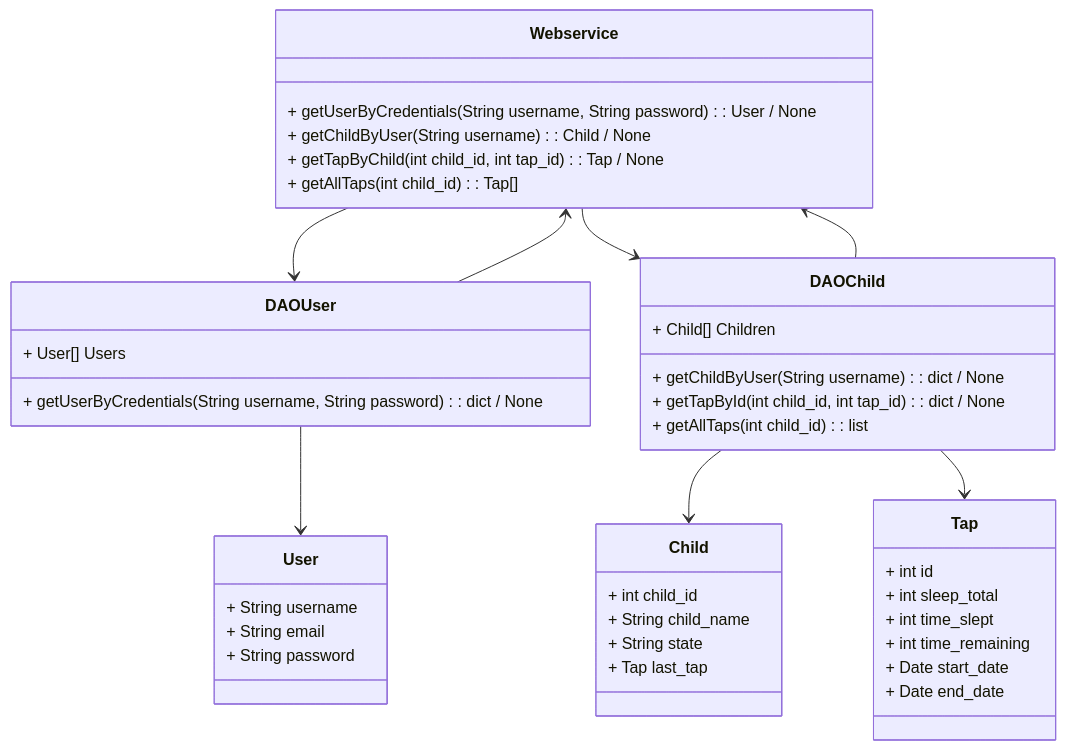
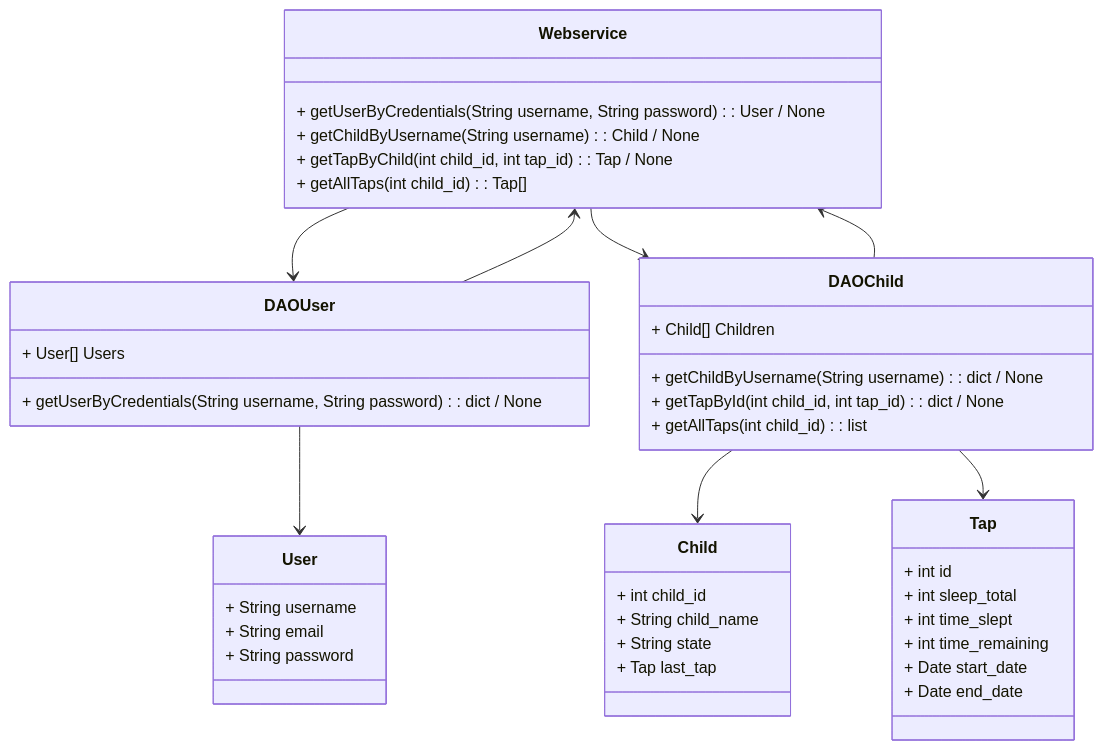
One commit to lauragrr1/tapatapp changed the diagram in Prototip2/BackEndP2.mmd. Above: the diagram before and after it, drawn with Mermaid.

```diff
--- a/Prototip2/BackEndP2.mmd
+++ b/Prototip2/BackEndP2.mmd
@@ -1,49 +1,49 @@
 classDiagram
     class Webservice {
         + getUserByCredentials(String username, String password): User / None
-        + getChildByUser(String username): Child / None
+        + getChildByUsername(String username): Child / None
         + getTapByChild(int child_id, int tap_id): Tap / None
         + getAllTaps(int child_id): Tap[]
     }
 
     class DAOUser {
         + User[] Users
         + getUserByCredentials(String username, String password): dict / None
     }
 
     class User {
         + String username
         + String email
         + String password
     }
 
     class DAOChild {
         + Child[] Children
-        + getChildByUser(String username): dict / None
+        + getChildByUsername(String username): dict / None
         + getTapById(int child_id, int tap_id): dict / None
         + getAllTaps(int child_id): list
     }
 
     class Child {
         + int child_id
         + String child_name
         + String state
         + Tap last_tap
     }
 
     class Tap {
         + int id
         + int sleep_total
         + int time_slept
         + int time_remaining
         + Date start_date
         + Date end_date
     }
 
     Webservice --> DAOUser
     DAOUser --> User
     DAOUser --> Webservice
     Webservice --> DAOChild
     DAOChild --> Child 
     DAOChild --> Webservice
     DAOChild --> Tap
```
